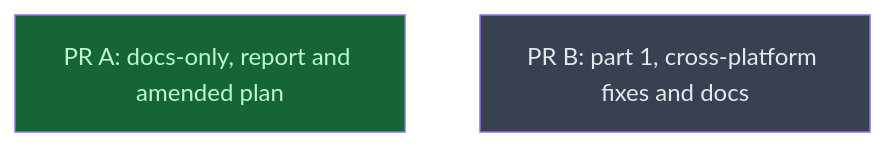
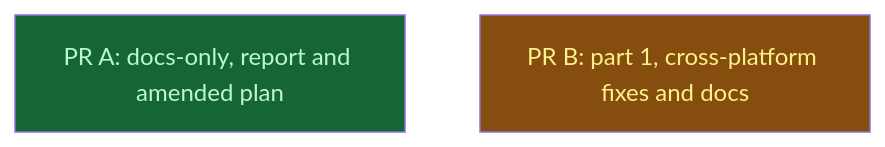
One commit to LittleCoinCoin/hypomnesis changed the diagram in __roadmap__/v0214-sandbox/README.md. Above: the diagram before and after it, drawn with Mermaid. The commit also changed other lines of this file and 1 other file, not shown here.

Commit message:
docs(roadmap): start PR B — part1 and its five code leaves in progress
v0214-part1 created at PR A's head aec53db (PR #6 still open, no
changes requested). The five code leaves are dispatched in parallel
on task branches off v0214-part1.

````diff
--- a/__roadmap__/v0214-sandbox/README.md
+++ b/__roadmap__/v0214-sandbox/README.md
@@ -54,10 +54,10 @@
 ```mermaid
 graph TD
     docs_pr[PR A: docs-only, report and amended plan]:::done
-    part1[PR B: part 1, cross-platform fixes and docs]:::planned
+    part1[PR B: part 1, cross-platform fixes and docs]:::inprogress
     classDef done       fill:#166534,color:#bbf7d0
     classDef inprogress fill:#854d0e,color:#fef08a
     classDef planned    fill:#374151,color:#e5e7eb
     classDef amendment  fill:#1e3a5f,color:#bfdbfe
     classDef blocked    fill:#7f1d1d,color:#fecaca
 ```
````
